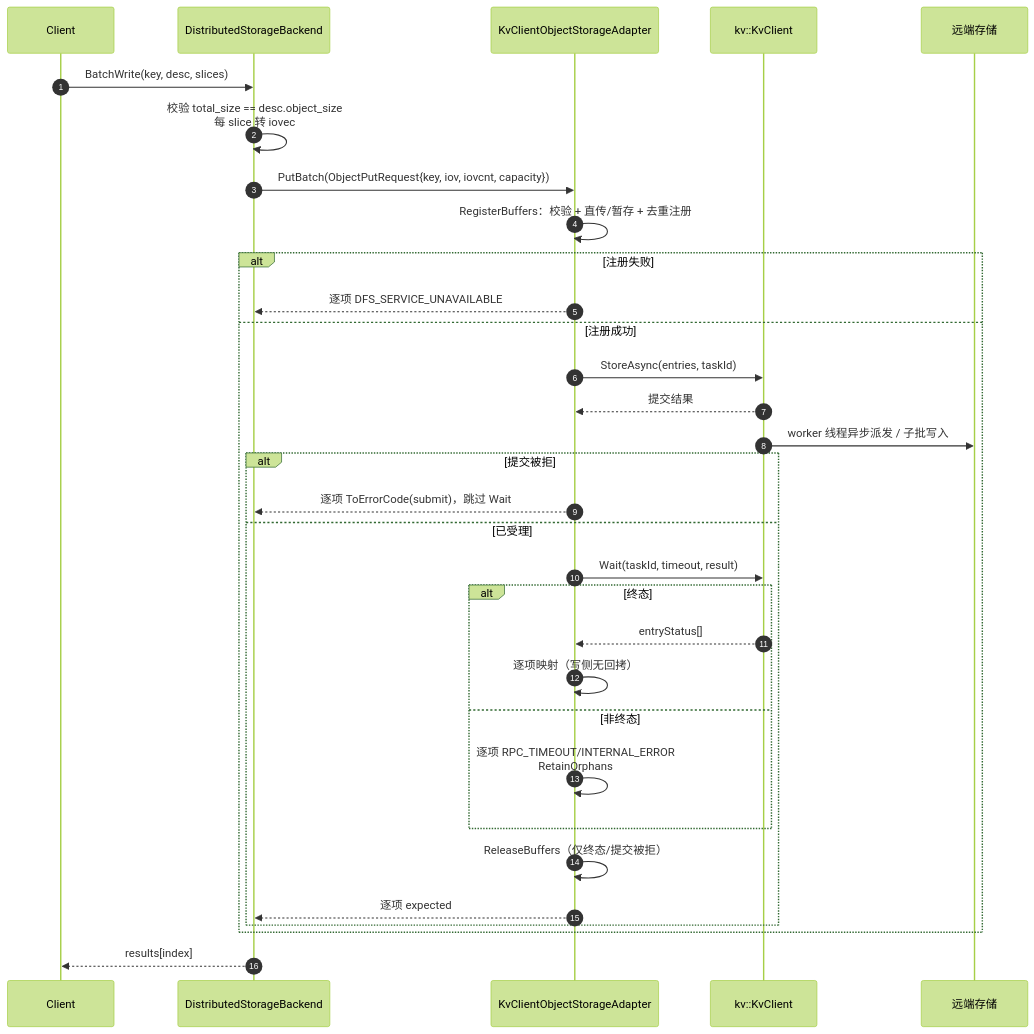
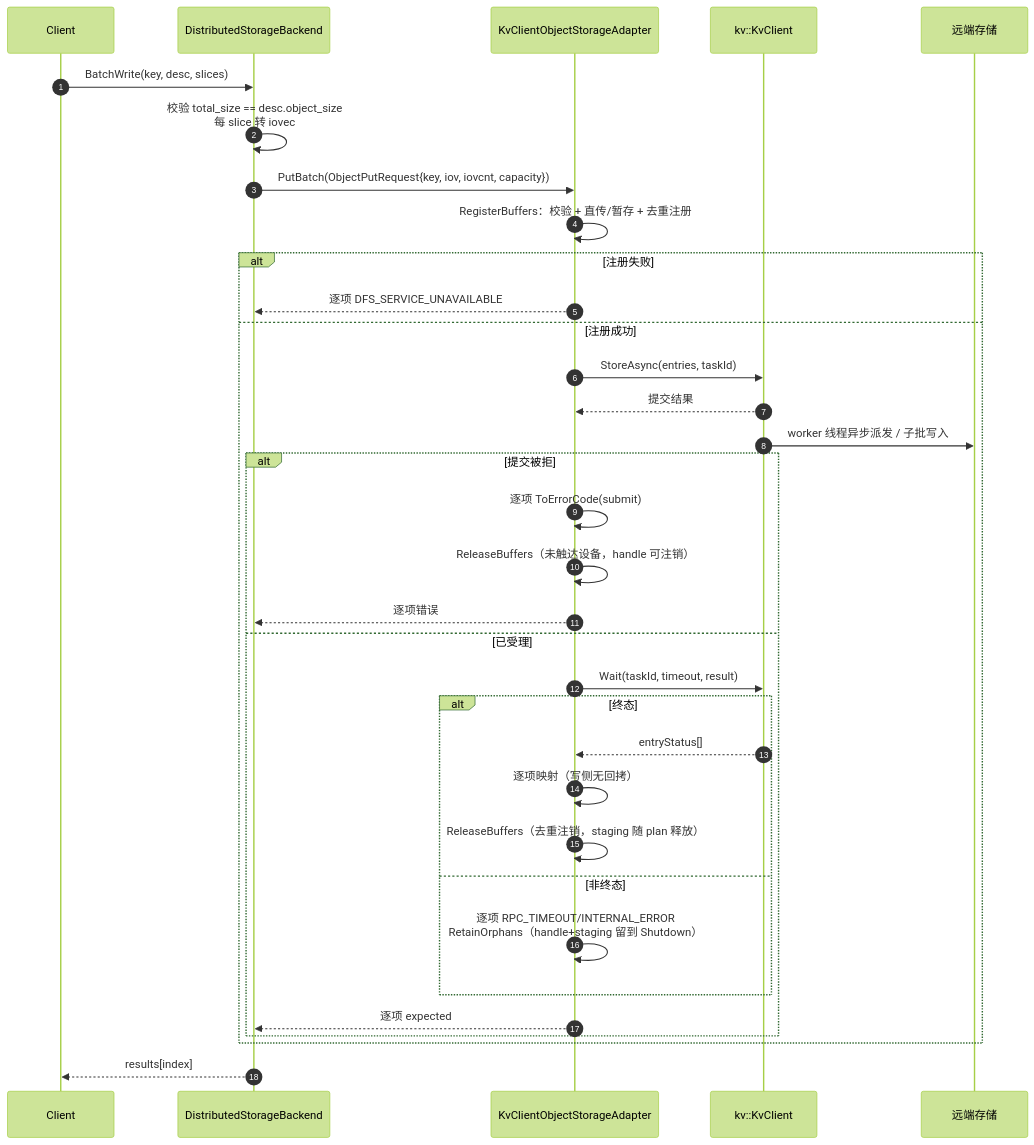
One commit to zwj20000328-dotcom/Mooncake-documents changed the sixth of 9 diagrams in Mooncake + KVClient L3 接入（Kvcs）- PR 实施设计.md. Above: the diagram before and after it, drawn with Mermaid (forest theme). The commit also changed other lines of this file, not shown here.

````diff
--- a/Mooncake + KVClient L3 接入（Kvcs）- PR 实施设计.md
+++ b/Mooncake + KVClient L3 接入（Kvcs）- PR 实施设计.md
@@ -459,35 +475,37 @@
 ```mermaid
 sequenceDiagram
     autonumber
     participant C as Client
     participant BE as DistributedStorageBackend
     participant AD as KvClientObjectStorageAdapter
     participant SDK as kv::KvClient
     participant S as 远端存储
 
     C->>BE: BatchWrite(key, desc, slices)
     BE->>BE: 校验 total_size == desc.object_size<br/>每 slice 转 iovec
     BE->>AD: PutBatch(ObjectPutRequest{key, iov, iovcnt, capacity})
     AD->>AD: RegisterBuffers：校验 + 直传/暂存 + 去重注册
     alt 注册失败
         AD-->>BE: 逐项 DFS_SERVICE_UNAVAILABLE
     else 注册成功
         AD->>SDK: StoreAsync(entries, taskId)
         SDK-->>AD: 提交结果
         SDK->>S: worker 线程异步派发 / 子批写入
         alt 提交被拒
-            AD-->>BE: 逐项 ToErrorCode(submit)，跳过 Wait
+            AD->>AD: 逐项 ToErrorCode(submit)
+            AD->>AD: ReleaseBuffers（未触达设备，handle 可注销）
+            AD-->>BE: 逐项错误
         else 已受理
             AD->>SDK: Wait(taskId, timeout, result)
             alt 终态
                 SDK-->>AD: entryStatus[]
                 AD->>AD: 逐项映射（写侧无回拷）
+                AD->>AD: ReleaseBuffers（去重注销，staging 随 plan 释放）
             else 非终态
-                AD->>AD: 逐项 RPC_TIMEOUT/INTERNAL_ERROR<br/>RetainOrphans
+                AD->>AD: 逐项 RPC_TIMEOUT/INTERNAL_ERROR<br/>RetainOrphans（handle+staging 留到 Shutdown）
             end
-            AD->>AD: ReleaseBuffers（仅终态/提交被拒）
             AD-->>BE: 逐项 expected
         end
     end
     BE-->>C: results[index]
 ```
````
